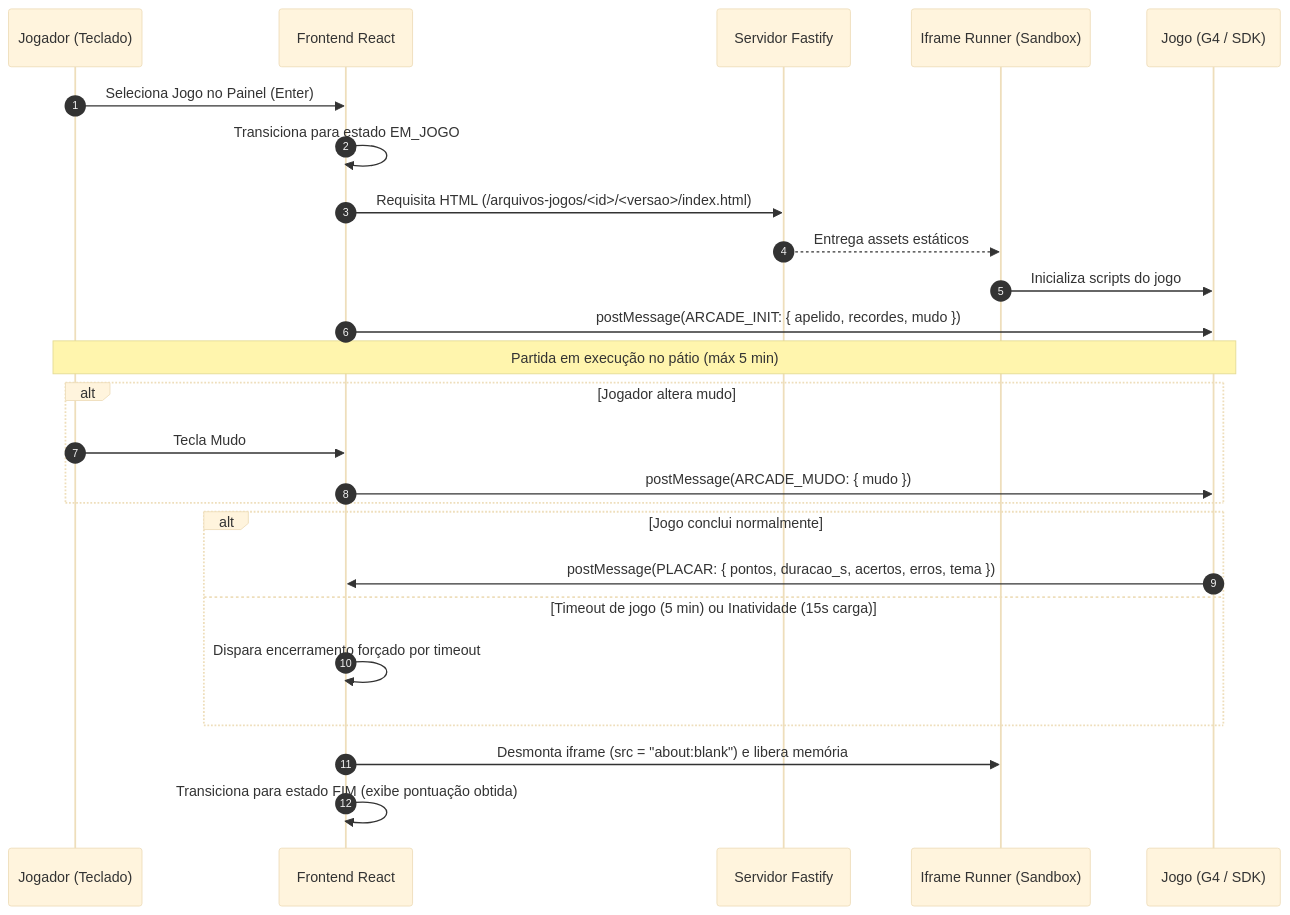
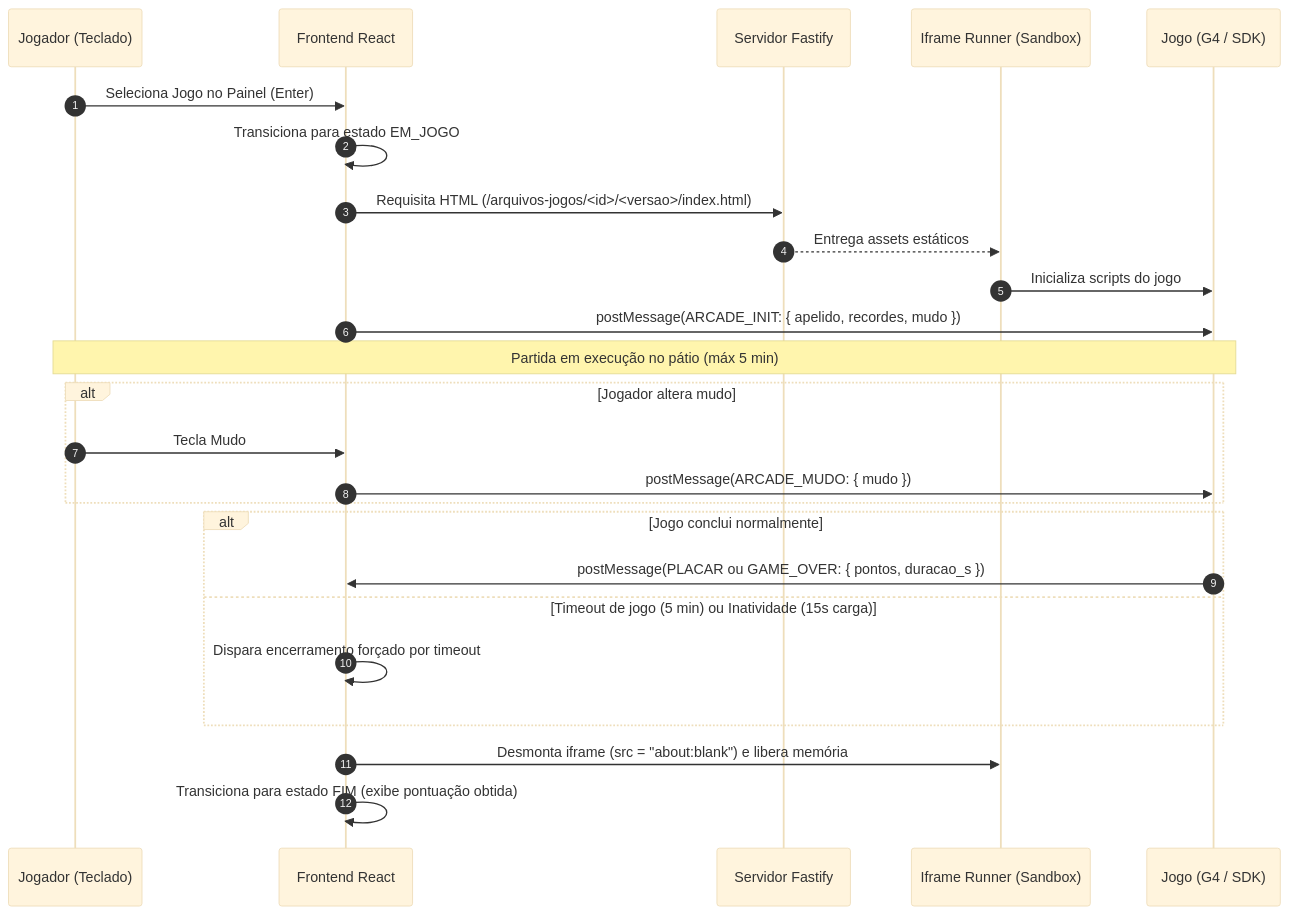
The third of 6 diagrams in docs/planejamento/arquitetura.md (2004Maycon/Fliperama-), drawn with Mermaid (base theme) before and after one commit. The commit also changed other lines of this file and 2 other files, not shown here.

````diff
--- a/docs/planejamento/arquitetura.md
+++ b/docs/planejamento/arquitetura.md
@@ -233,32 +233,32 @@
 ```mermaid
 sequenceDiagram
     autonumber
     participant Player as Jogador (Teclado)
     participant UI as Frontend React
     participant Fastify as Servidor Fastify
     participant Iframe as Iframe Runner (Sandbox)
     participant Game as Jogo (G4 / SDK)
 
     Player->>UI: Seleciona Jogo no Painel (Enter)
     UI->>UI: Transiciona para estado EM_JOGO
     UI->>Fastify: Requisita HTML (/arquivos-jogos/<id>/<versao>/index.html)
     Fastify-->>Iframe: Entrega assets estáticos
     Iframe->>Game: Inicializa scripts do jogo
 
     UI->>Game: postMessage(ARCADE_INIT: { apelido, recordes, mudo })
     Note over Game,Player: Partida em execução no pátio (máx 5 min)
 
     alt Jogador altera mudo
         Player->>UI: Tecla Mudo
         UI->>Game: postMessage(ARCADE_MUDO: { mudo })
     end
 
     alt Jogo conclui normalmente
-        Game->>UI: postMessage(PLACAR: { pontos, duracao_s, acertos, erros, tema })
+        Game->>UI: postMessage(PLACAR ou GAME_OVER: { pontos, duracao_s })
     else Timeout de jogo (5 min) ou Inatividade (15s carga)
         UI->>UI: Dispara encerramento forçado por timeout
     end
 
     UI->>Iframe: Desmonta iframe (src = "about:blank") e libera memória
     UI->>UI: Transiciona para estado FIM (exibe pontuação obtida)
 ```
````
